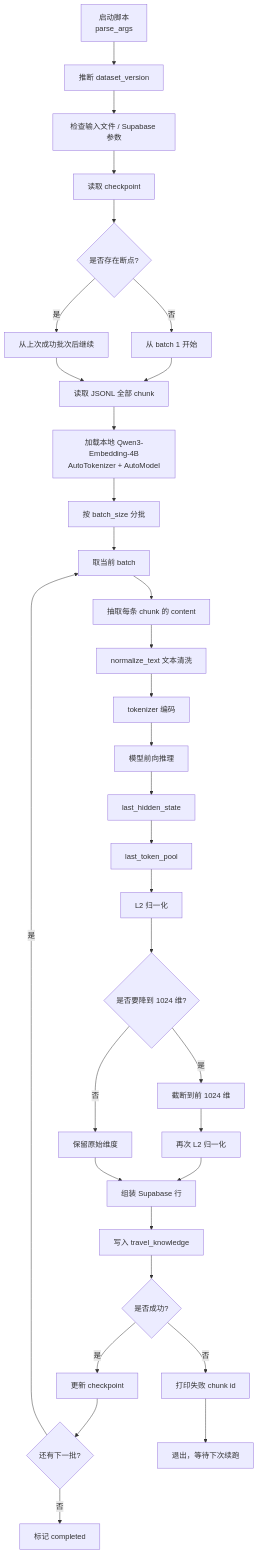
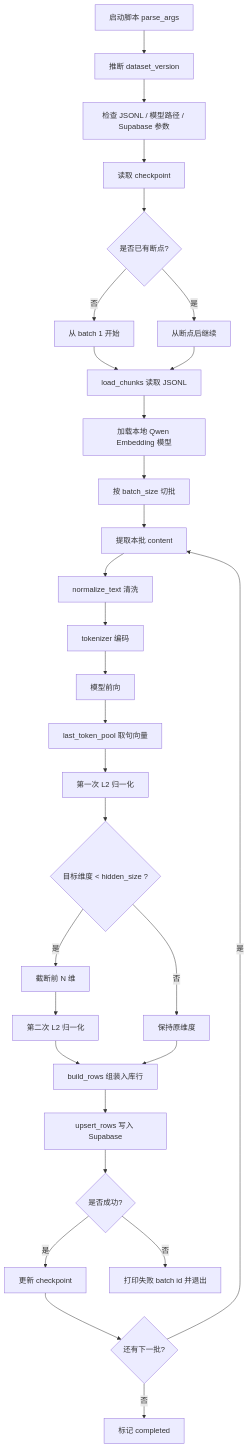
One commit to chendingya/ai-travel-planner changed the diagram in docs/rag-embedding-flow.md. Above: the diagram before and after it, drawn with Mermaid. The commit also changed other lines of this file and 21 other files, not shown here.

First line of the commit message:
docs: Update documentation for provider configuration and embedding flow

````diff
--- a/docs/rag-embedding-flow.md
+++ b/docs/rag-embedding-flow.md
@@ -7,38 +25,35 @@
 ```mermaid
 flowchart TD
-    A["启动脚本<br/>parse_args"] --> B["推断 dataset_version"]
-    B --> C["检查输入文件 / Supabase 参数"]
+    A["启动脚本 parse_args"] --> B["推断 dataset_version"]
+    B --> C["检查 JSONL / 模型路径 / Supabase 参数"]
     C --> D["读取 checkpoint"]
-    D --> E{"是否存在断点?"}
+    D --> E{"是否已有断点?"}
 
     E -- 否 --> F["从 batch 1 开始"]
-    E -- 是 --> G["从上次成功批次后继续"]
+    E -- 是 --> G["从断点后继续"]
 
-    F --> H["读取 JSONL 全部 chunk"]
+    F --> H["load_chunks 读取 JSONL"]
     G --> H
 
-    H --> I["加载本地 Qwen3-Embedding-4B<br/>AutoTokenizer + AutoModel"]
-    I --> J["按 batch_size 分批"]
-    J --> K["取当前 batch"]
-    K --> L["抽取每条 chunk 的 content"]
-    L --> M["normalize_text 文本清洗"]
-    M --> N["tokenizer 编码"]
-    N --> O["模型前向推理"]
-    O --> P["last_hidden_state"]
-    P --> Q["last_token_pool"]
-    Q --> R["L2 归一化"]
-    R --> S{"是否要降到 1024 维?"}
-    S -- 是 --> T["截断到前 1024 维"]
-    T --> U["再次 L2 归一化"]
-    S -- 否 --> V["保留原始维度"]
-    U --> W["组装 Supabase 行"]
-    V --> W
-    W --> X["写入 travel_knowledge"]
-    X --> Y{"是否成功?"}
-    Y -- 是 --> Z["更新 checkpoint"]
-    Z --> AA{"还有下一批?"}
-    AA -- 是 --> K
-    AA -- 否 --> AB["标记 completed"]
-    Y -- 否 --> AC["打印失败 chunk id"]
-    AC --> AD["退出，等待下次续跑"]
+    H --> I["加载本地 Qwen Embedding 模型"]
+    I --> J["按 batch_size 切批"]
+    J --> K["提取本批 content"]
+    K --> L["normalize_text 清洗"]
+    L --> M["tokenizer 编码"]
+    M --> N["模型前向"]
+    N --> O["last_token_pool 取句向量"]
+    O --> P["第一次 L2 归一化"]
+    P --> Q{"目标维度 < hidden_size ?"}
+    Q -- 是 --> R["截断前 N 维"]
+    R --> S["第二次 L2 归一化"]
+    Q -- 否 --> T["保持原维度"]
+    S --> U["build_rows 组装入库行"]
+    T --> U
+    U --> V["upsert_rows 写入 Supabase"]
+    V --> W{"是否成功?"}
+    W -- 是 --> X["更新 checkpoint"]
+    X --> Y{"还有下一批?"}
+    Y -- 是 --> K
+    Y -- 否 --> Z["标记 completed"]
+    W -- 否 --> AA["打印失败 batch id 并退出"]
 ```
````
